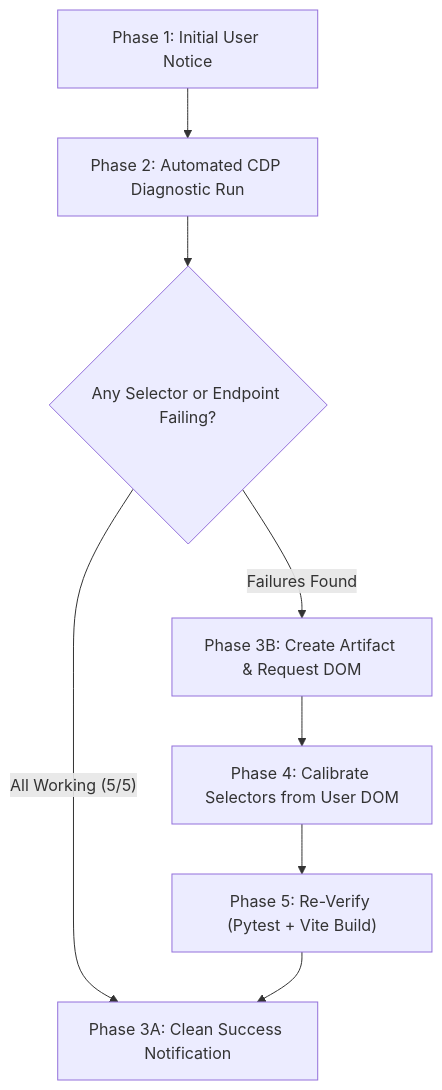
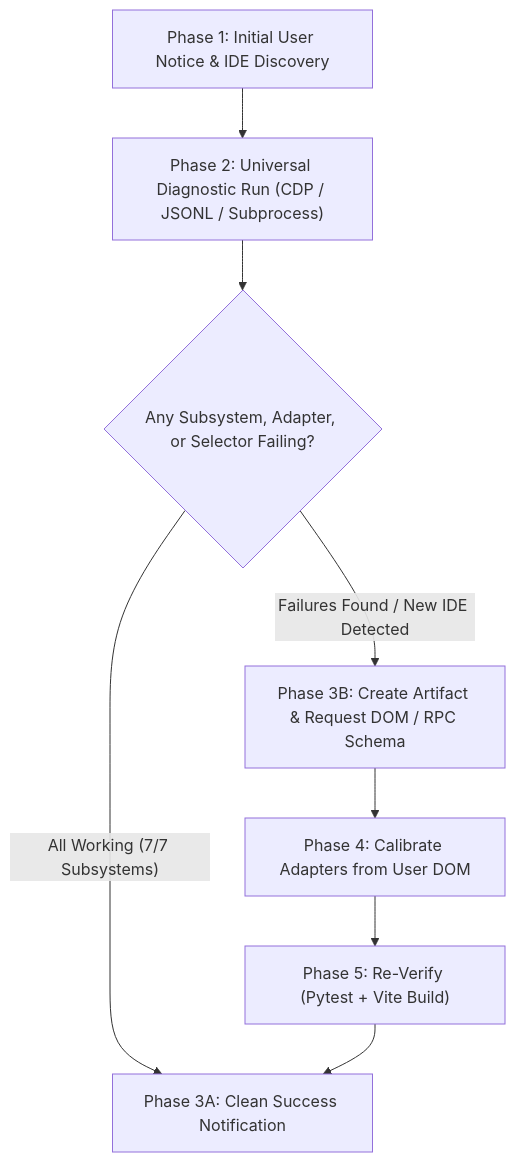
One commit to KoushikGit2024/AgentWatch changed the diagram in updates/Update.md. Above: the diagram before and after it, drawn with Mermaid. The commit also changed other lines of this file, not shown here.

Commit message:
docs(updater): generalize diagnostic and calibration guide for all agentic AI integrated IDEs

````diff
--- a/updates/Update.md
+++ b/updates/Update.md
@@ -16,10 +16,10 @@
 ```mermaid
 flowchart TD
-    A["Phase 1: Initial User Notice"] --> B["Phase 2: Automated CDP Diagnostic Run"]
-    B --> C{"Any Selector or Endpoint Failing?"}
-    C -- "All Working (5/5)" --> D["Phase 3A: Clean Success Notification"]
-    C -- "Failures Found" --> E["Phase 3B: Create Artifact & Request DOM"]
-    E --> F["Phase 4: Calibrate Selectors from User DOM"]
+    A["Phase 1: Initial User Notice & IDE Discovery"] --> B["Phase 2: Universal Diagnostic Run (CDP / JSONL / Subprocess)"]
+    B --> C{"Any Subsystem, Adapter, or Selector Failing?"}
+    C -- "All Working (7/7 Subsystems)" --> D["Phase 3A: Clean Success Notification"]
+    C -- "Failures Found / New IDE Detected" --> E["Phase 3B: Create Artifact & Request DOM / RPC Schema"]
+    E --> F["Phase 4: Calibrate Adapters from User DOM"]
     F --> G["Phase 5: Re-Verify (Pytest + Vite Build)"]
     G --> D
 ```
````
